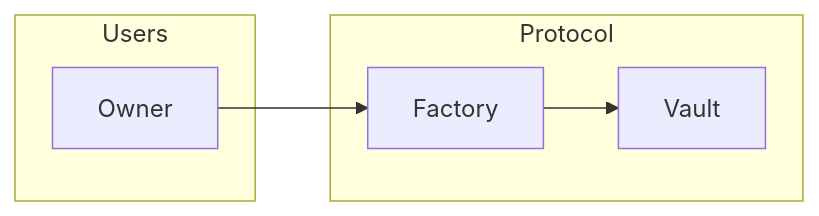
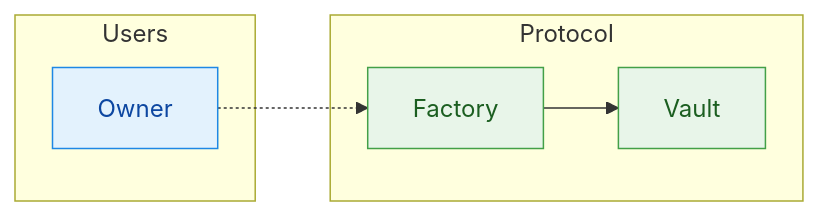
The second of 13 diagrams in value_flows.md (sudostake/sudostake_contracts_near), drawn with Mermaid before and after one commit. The commit also changed other lines of this file, not shown here.

First line of the commit message:
Revise and expand Vault value flows guide

````diff
--- a/value_flows.md
+++ b/value_flows.md
@@ -20,13 +48,17 @@
 ```mermaid
 %%{init: {'flowchart': {'curve': 'step'}}}%%
 flowchart LR
   subgraph Users
     O[Owner]
   end
   subgraph Protocol
     F[Factory]
     V[Vault]
   end
- O --> F
+ O -.-> F
  F --> V
+ classDef user fill:#E3F2FD,stroke:#1E88E5,color:#0D47A1;
+ classDef protocol fill:#E8F5E9,stroke:#43A047,color:#1B5E20;
+ class O user
+ class F,V protocol
 ```
````
